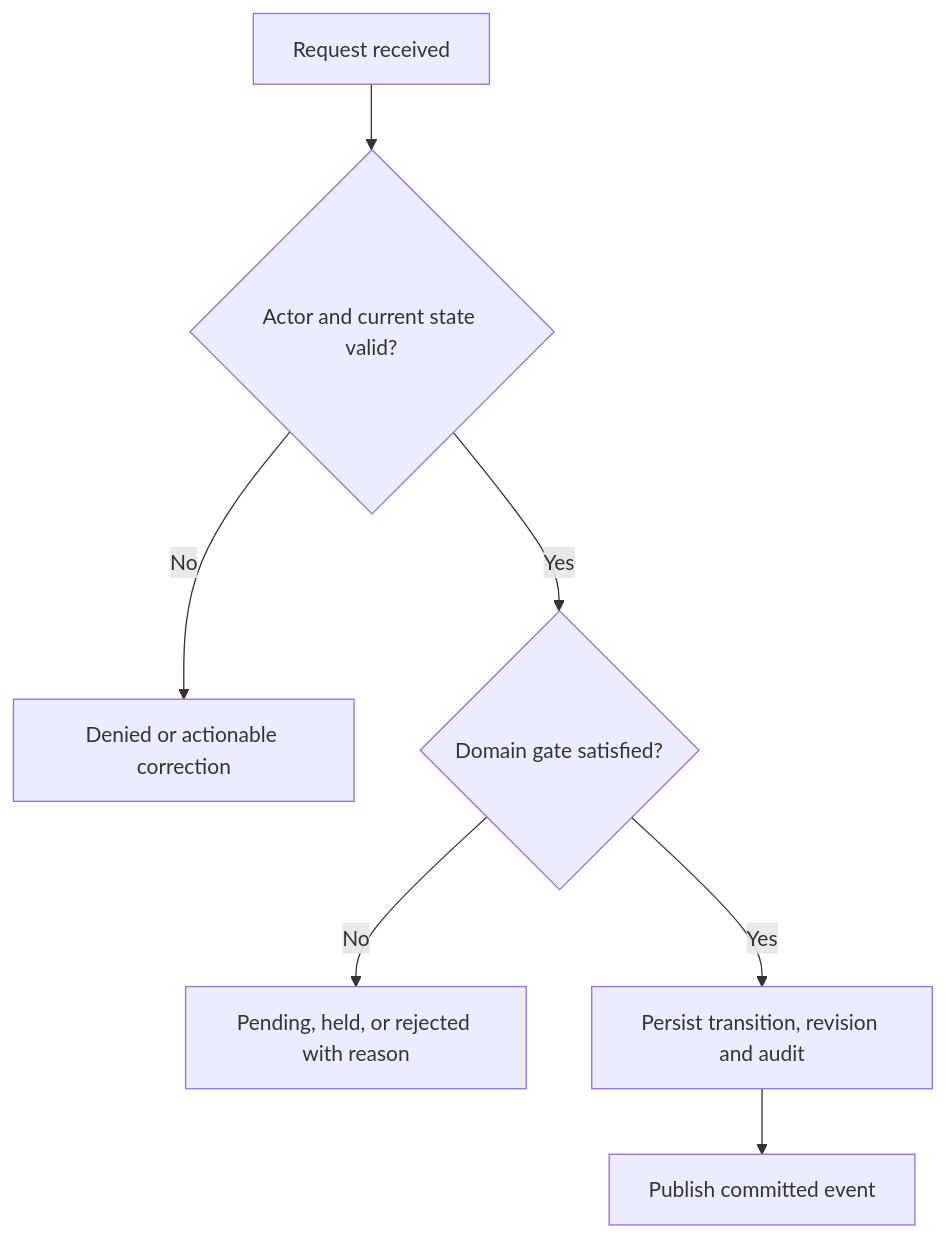
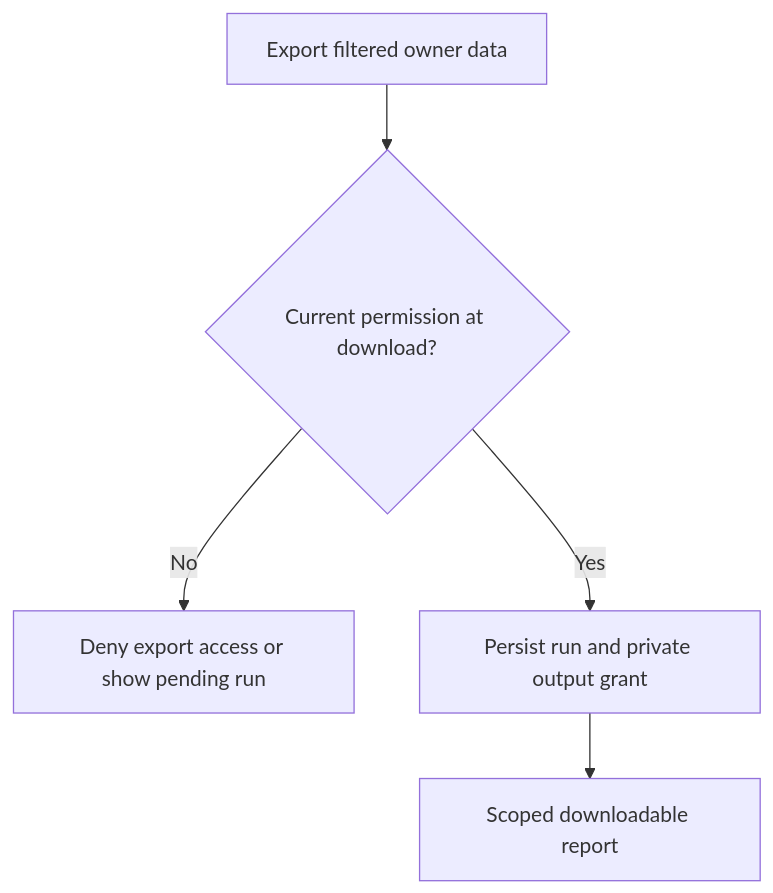
One commit to shiladityamajumder/pharmville-docs changed the second of 2 diagrams in 03-Modules/Reporting/LLD.md. Above: the diagram before and after it, drawn with Mermaid. The commit also changed other lines of this file and 158 other files, not shown here.

Commit message:
docs: add business guides, fix Mermaid diagrams, improve traceability and automate validation

````diff
--- a/03-Modules/Reporting/LLD.md
+++ b/03-Modules/Reporting/LLD.md
@@ -336,9 +299,7 @@
 ```mermaid
 flowchart TD
- A[Request received] --> B{Actor and current state valid?}
- B -->|No| C[Denied or actionable correction]
- B -->|Yes| D{Domain gate satisfied?}
- D -->|No| E[Pending, held, or rejected with reason]
- D -->|Yes| F[Persist transition, revision and audit]
- F --> G[Publish committed event]
+  A["Export filtered owner data"] --> B{"Current permission at download?"}
+  B -->|No| C["Deny export access or show pending run"]
+  B -->|Yes| D["Persist run and private output grant"]
+  D --> E["Scoped downloadable report"]
 ```
````
